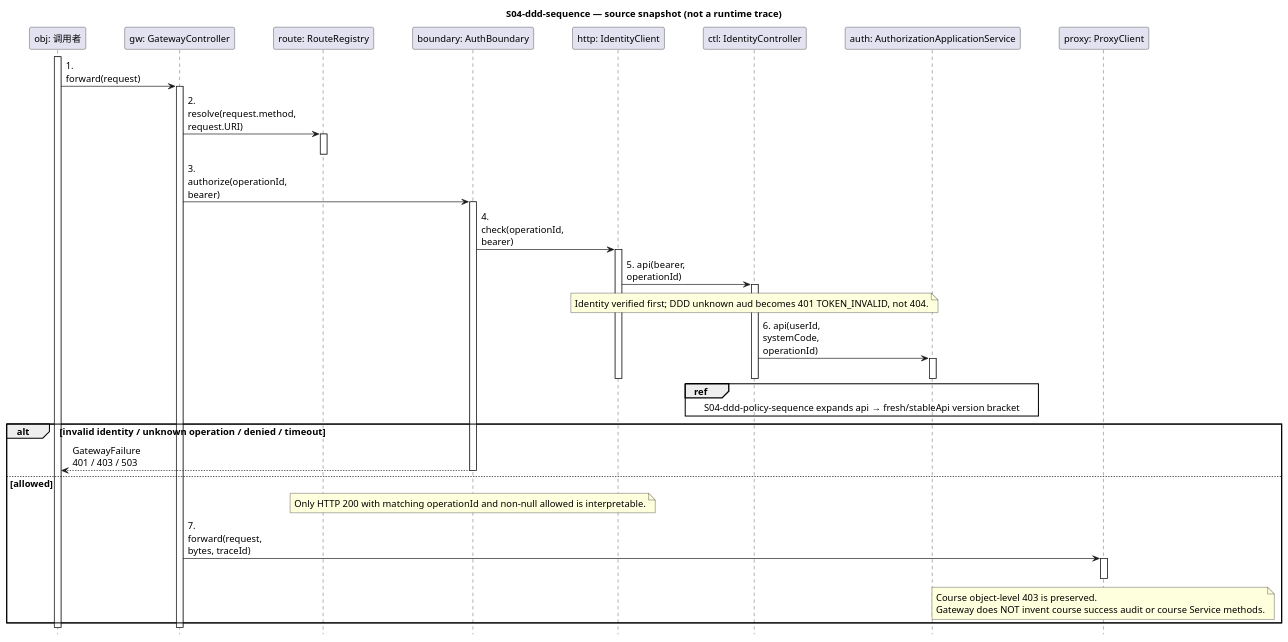
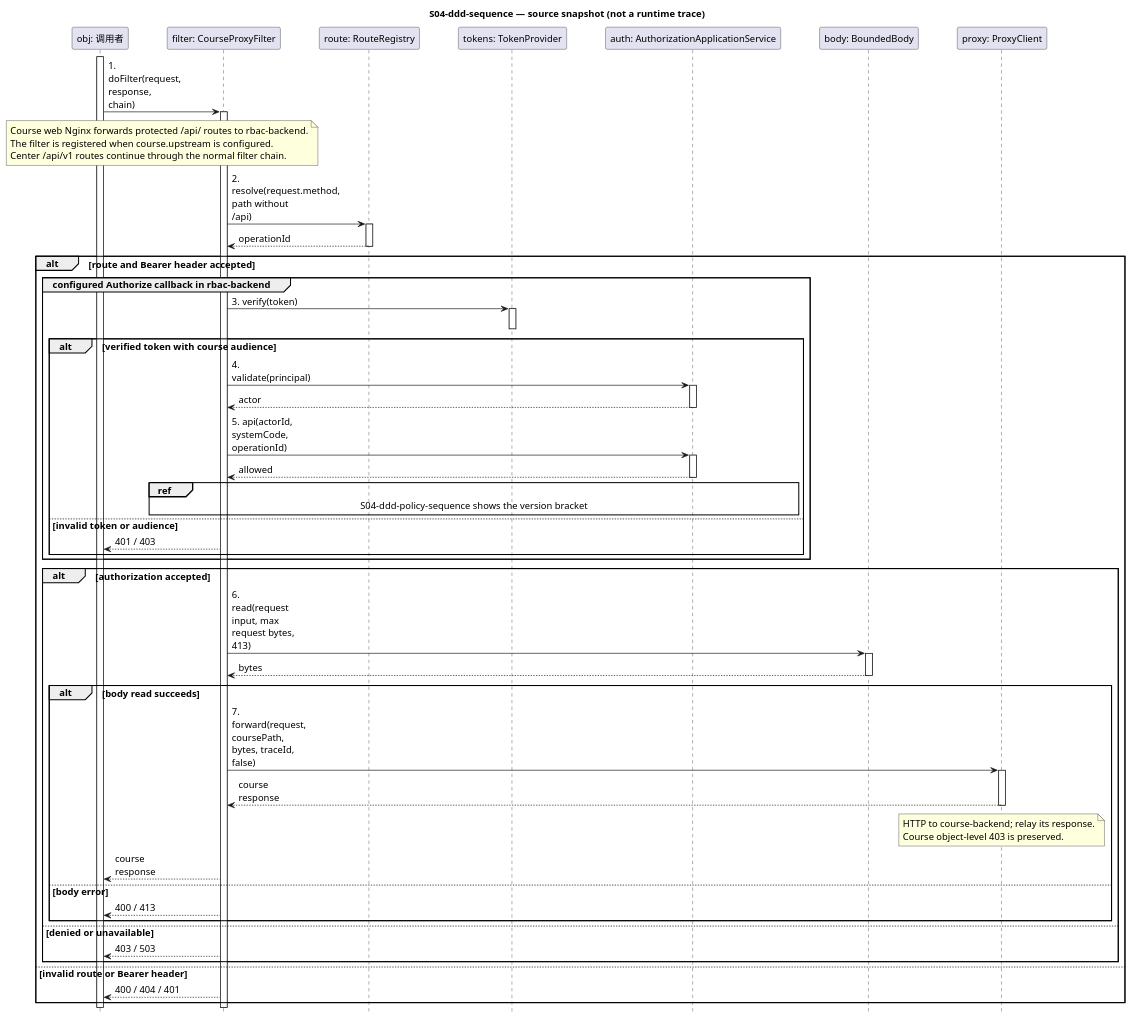
The diagram in docs/design/S04-ddd-sequence.puml (tang-new/OOAD), drawn with PlantUML before and after one commit. The commit also changed 44 other files, not shown here.

Commit message:
fix: resolve D authorization review findings

```diff
--- a/docs/design/S04-ddd-sequence.puml
+++ b/docs/design/S04-ddd-sequence.puml
@@ -1,56 +1,74 @@
 @startuml
 hide footbox
 skinparam defaultFontName Microsoft YaHei
 skinparam defaultFontSize 14
 skinparam ParticipantPadding 24
 skinparam BoxPadding 12
 skinparam sequenceMessageAlign left
 skinparam maxMessageSize 100
 title S04-ddd-sequence — source snapshot (not a runtime trace)
 participant "obj: 调用者" as obj
-participant "gw: GatewayController" as gw
+participant "filter: CourseProxyFilter" as filter
 participant "route: RouteRegistry" as route
-participant "boundary: AuthBoundary" as boundary
-participant "http: IdentityClient" as http
-participant "ctl: IdentityController" as ctl
+participant "tokens: TokenProvider" as tokens
 participant "auth: AuthorizationApplicationService" as auth
+participant "body: BoundedBody" as body
 participant "proxy: ProxyClient" as proxy
 activate obj
-obj -> gw: 1. forward(request)
-activate gw
-gw -> route: 2. resolve(request.method, request.URI)
+obj -> filter: 1. doFilter(request, response, chain)
+activate filter
+note over obj,filter
+Course web Nginx forwards protected /api/ routes to rbac-backend.
+The filter is registered when course.upstream is configured.
+Center /api/v1 routes continue through the normal filter chain.
+end note
+filter -> route: 2. resolve(request.method, path without /api)
 activate route
+route --> filter: operationId
 deactivate route
-gw -> boundary: 3. authorize(operationId, bearer)
-activate boundary
-boundary -> http: 4. check(operationId, bearer)
-activate http
-http -> ctl: 5. api(bearer, operationId)
-activate ctl
-note over ctl
-Identity verified first; DDD unknown aud becomes 401 TOKEN_INVALID, not 404.
-end note
-ctl -> auth: 6. api(userId, systemCode, operationId)
+alt route and Bearer header accepted
+group configured Authorize callback in rbac-backend
+filter -> tokens: 3. verify(token)
+activate tokens
+deactivate tokens
+alt verified token with course audience
+filter -> auth: 4. validate(principal)
 activate auth
+auth --> filter: actor
 deactivate auth
-ref over ctl,auth: S04-ddd-policy-sequence expands api → fresh/stableApi version bracket
-deactivate ctl
-deactivate http
-alt invalid identity / unknown operation / denied / timeout
-boundary --> obj: GatewayFailure 401 / 403 / 503
-else allowed
-note over boundary
-Only HTTP 200 with matching operationId and non-null allowed is interpretable.
-end note
-deactivate boundary
-gw -> proxy: 7. forward(request, bytes, traceId)
+filter -> auth: 5. api(actorId, systemCode, operationId)
+activate auth
+auth --> filter: allowed
+deactivate auth
+ref over filter,auth: S04-ddd-policy-sequence shows the version bracket
+else invalid token or audience
+filter --> obj: 401 / 403
+end
+end
+alt authorization accepted
+filter -> body: 6. read(request input, max request bytes, 413)
+activate body
+body --> filter: bytes
+deactivate body
+alt body read succeeds
+filter -> proxy: 7. forward(request, coursePath, bytes, traceId, false)
 activate proxy
+proxy --> filter: course response
 deactivate proxy
 note over proxy
+HTTP to course-backend; relay its response.
 Course object-level 403 is preserved.
-Gateway does NOT invent course success audit or course Service methods.
 end note
+filter --> obj: course response
+else body error
+filter --> obj: 400 / 413
 end
-deactivate gw
+else denied or unavailable
+filter --> obj: 403 / 503
+end
+else invalid route or Bearer header
+filter --> obj: 400 / 404 / 401
+end
+deactivate filter
 deactivate obj
 @enduml
```
